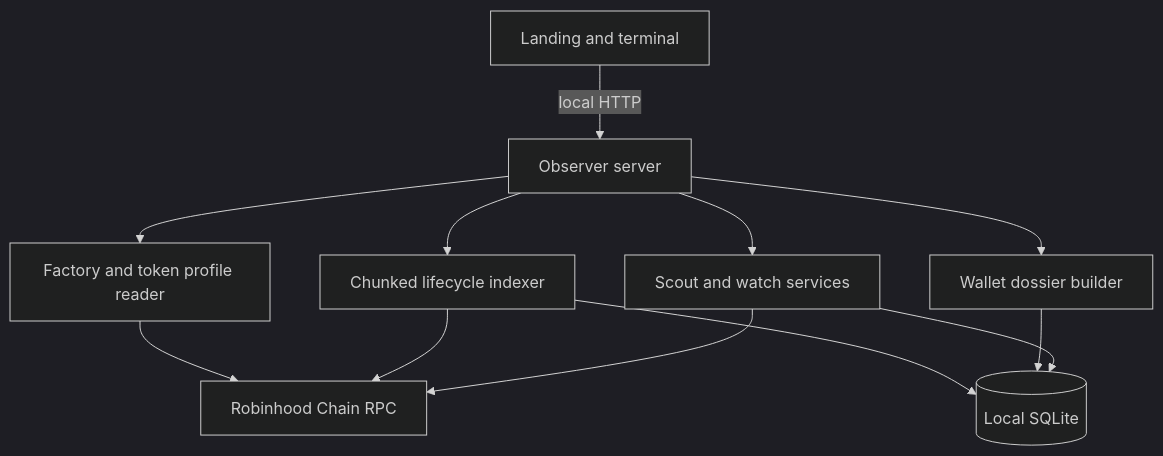
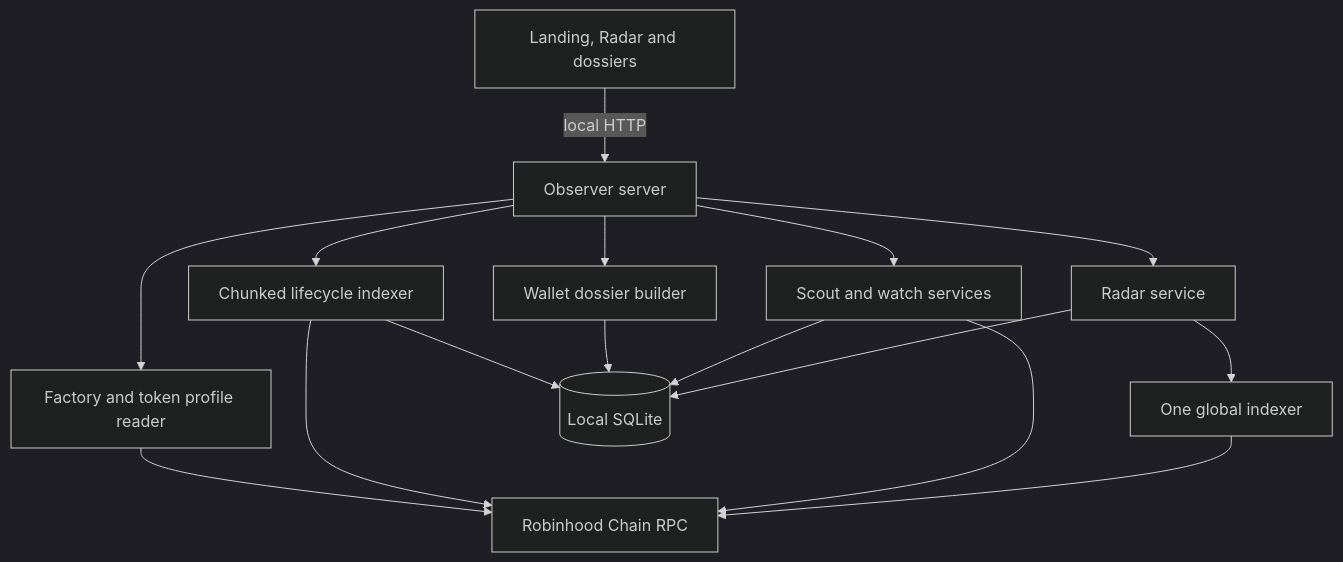
One commit to kocer6/MEERKAT changed the diagram in docs/ARCHITECTURE.md. Above: the diagram before and after it, drawn with Mermaid (dark theme). The commit also changed other lines of this file and 19 other files, not shown here.

````diff
--- a/docs/ARCHITECTURE.md
+++ b/docs/ARCHITECTURE.md
@@ -7,14 +7,18 @@
 ```mermaid
 flowchart TB
-  Browser[Landing and terminal] -->|local HTTP| Server[Observer server]
+  Browser[Landing, Radar and dossiers] -->|local HTTP| Server[Observer server]
   Server --> Profile[Factory and token profile reader]
   Server --> History[Chunked lifecycle indexer]
   Server --> Dossier[Wallet dossier builder]
+  Server --> Radar[Radar service]
+  Radar --> Global[One global indexer]
   Server --> Scout[Scout and watch services]
   Profile --> RPC[Robinhood Chain RPC]
   History --> RPC
   Scout --> RPC
   History --> DB[(Local SQLite)]
   Dossier --> DB
   Scout --> DB
+  Global --> RPC
+  Radar --> DB
 ```
````
